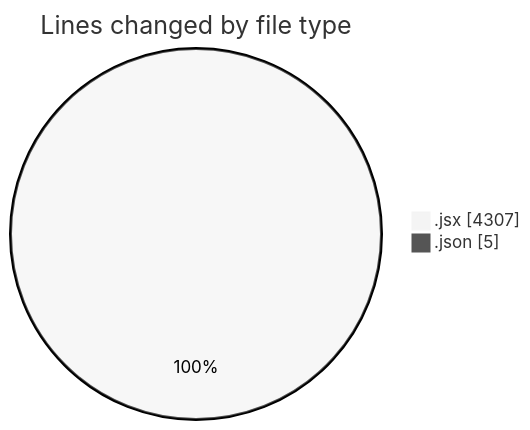
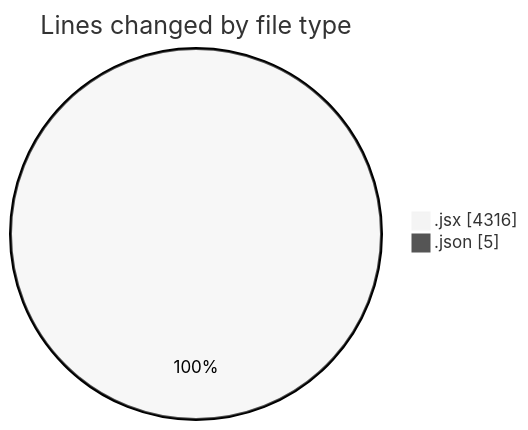
One commit to nxtqubesakshisongat/code-tracking changed the first of 2 diagrams in 2025-11-18/nxtqube_webapp/README.md. Above: the diagram before and after it, drawn with Mermaid (neutral theme). The commit also changed other lines of this file and 1 other file, not shown here.

````diff
--- a/2025-11-18/nxtqube_webapp/README.md
+++ b/2025-11-18/nxtqube_webapp/README.md
@@ -25,6 +25,6 @@
 ```mermaid
 pie showData
 title Lines changed by file type
-".jsx" : 4307
+".jsx" : 4316
 ".json" : 5
 ```
````
